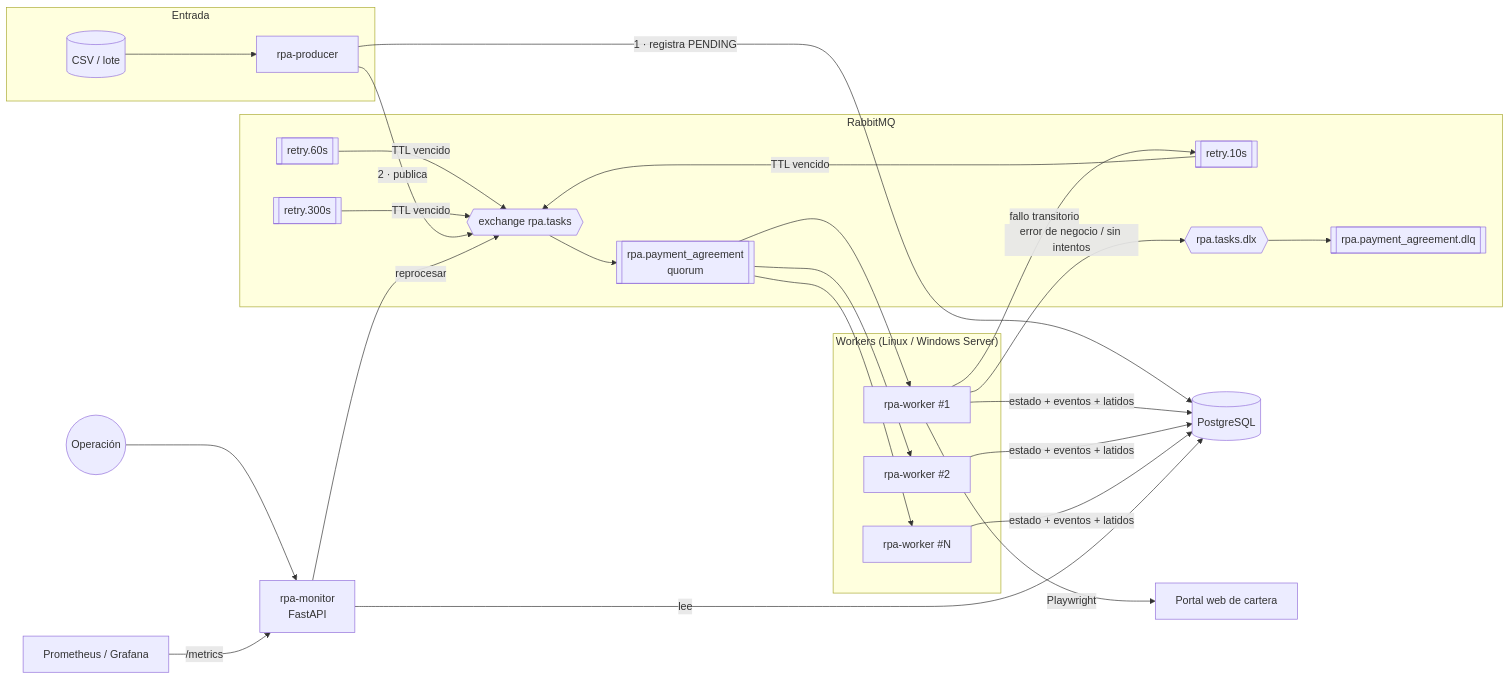
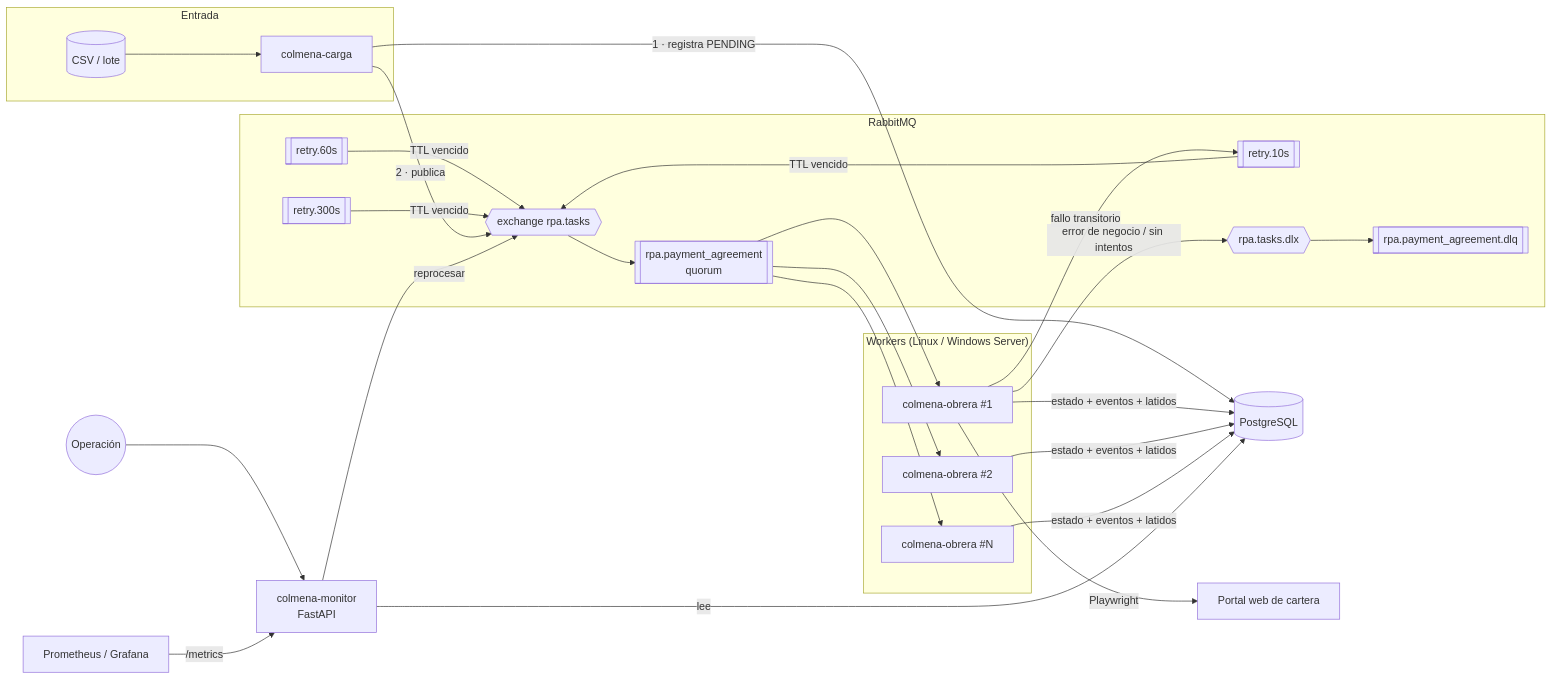
The first of 4 diagrams in docs/architecture.md (DarwinMontiel/colmena-rpa), drawn with Mermaid before and after one commit. The commit also changed other lines of this file and 67 other files, not shown here.

First line of the commit message:
refactor!: renombrar el proyecto a Colmena RPA (colmena-rpa)

````diff
--- a/docs/architecture.md
+++ b/docs/architecture.md
@@ -21,37 +21,37 @@
 ```mermaid
 flowchart LR
     subgraph Entrada
-        CSV[(CSV / lote)] --> P[rpa-producer]
+        CSV[(CSV / lote)] --> P[colmena-carga]
     end
 
     subgraph RabbitMQ
         EX{{exchange rpa.tasks}}
         Q[[rpa.payment_agreement<br/>quorum]]
         R1[[retry.10s]]
         R2[[retry.60s]]
         R3[[retry.300s]]
         DLX{{rpa.tasks.dlx}}
         DLQ[[rpa.payment_agreement.dlq]]
         EX --> Q
         R1 & R2 & R3 -- TTL vencido --> EX
         DLX --> DLQ
     end
 
     subgraph Workers["Workers (Linux / Windows Server)"]
-        W1[rpa-worker #1]
-        W2[rpa-worker #2]
-        WN[rpa-worker #N]
+        W1[colmena-obrera #1]
+        W2[colmena-obrera #2]
+        WN[colmena-obrera #N]
     end
 
     P -- 1 · registra PENDING --> DB[(PostgreSQL)]
     P -- 2 · publica --> EX
     Q --> W1 & W2 & WN
     W1 -- fallo transitorio --> R1
     W1 -- error de negocio / sin intentos --> DLX
     W1 -- Playwright --> PORTAL[Portal web de cartera]
     W1 & W2 & WN -- estado + eventos + latidos --> DB
-    M[rpa-monitor<br/>FastAPI] -- lee --> DB
+    M[colmena-monitor<br/>FastAPI] -- lee --> DB
     M -- reprocesar --> EX
     U((Operación)) --> M
     PROM[Prometheus / Grafana] -- /metrics --> M
 ```
````
